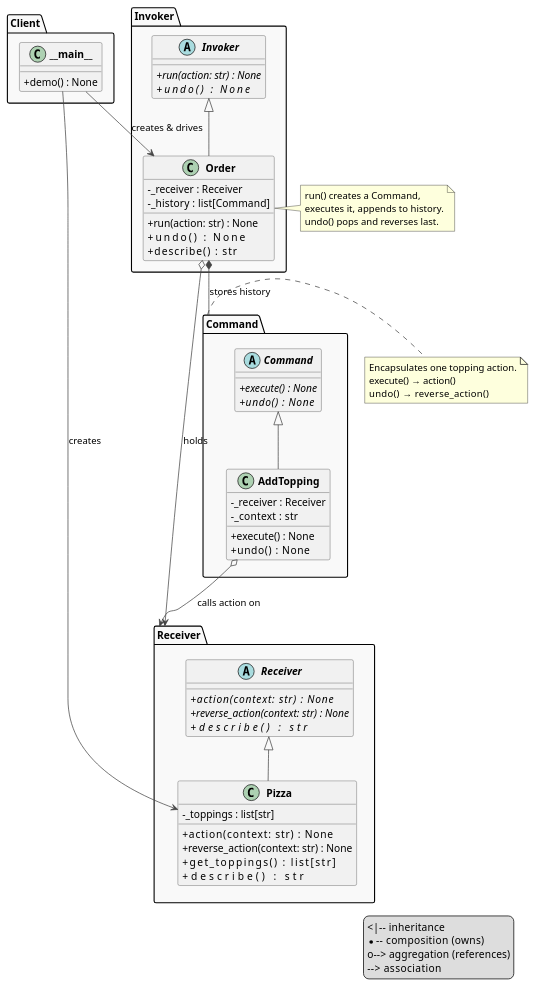
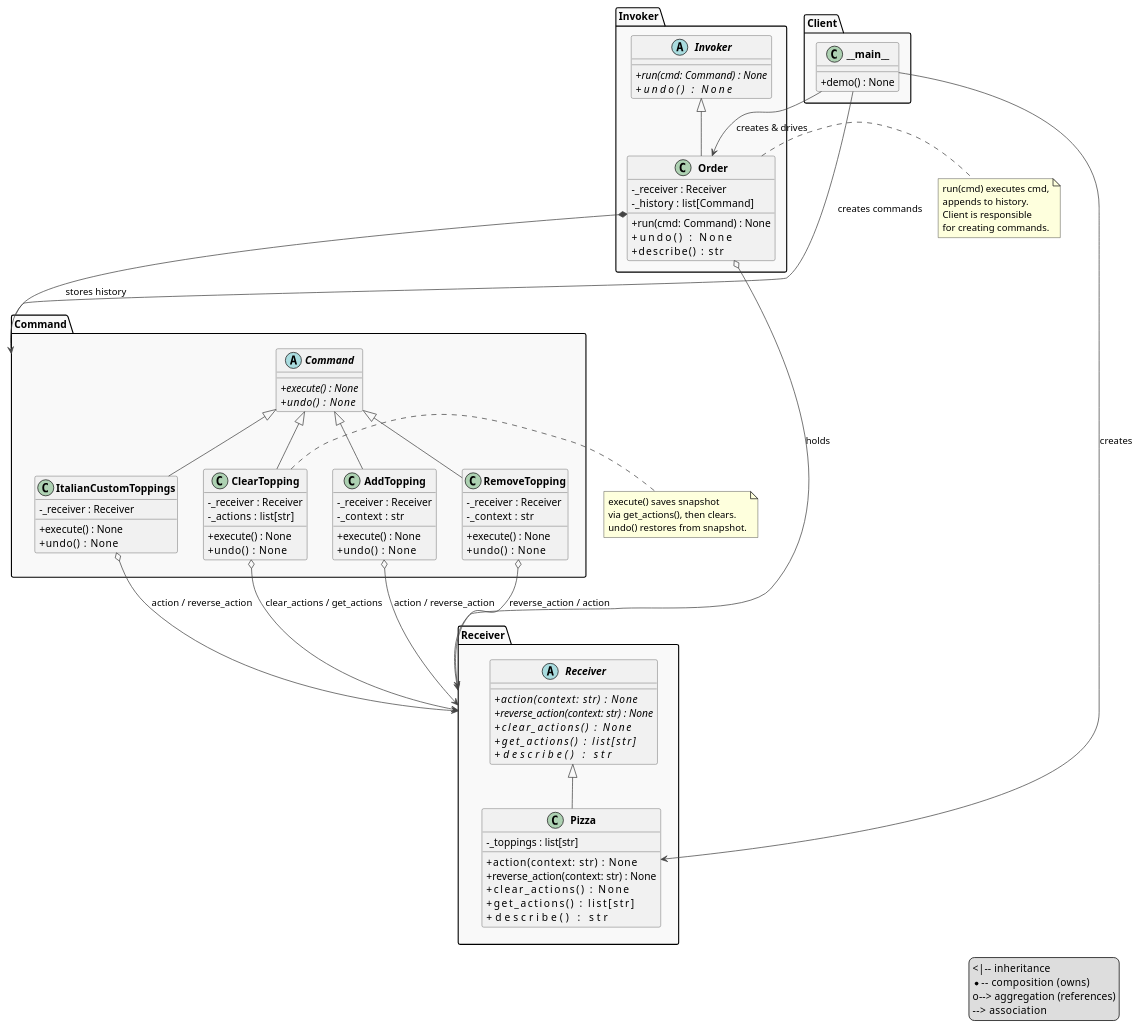
The diagram in behavioral/command/uml/command_schema.puml (olegf2a/gof), drawn with PlantUML before and after one commit. The commit also changed 14 other files, not shown here.

```diff
--- a/behavioral/command/uml/command_schema.puml
+++ b/behavioral/command/uml/command_schema.puml
@@ -1,91 +1,122 @@
 @startuml command_schema
 
 skinparam classAttributeIconSize 0
 skinparam classFontStyle bold
 skinparam ArrowColor #444444
 skinparam ClassBorderColor #444444
 skinparam PackageBackgroundColor #f9f9f9
 
 package "Client" {
   class "__main__" as Main {
     + demo() : None
   }
 }
 
 package "Invoker" {
   abstract class Invoker {
-    + run(action: str) : None  {abstract}
-    + undo()           : None  {abstract}
+    + run(cmd: Command) : None  {abstract}
+    + undo()            : None  {abstract}
   }
 
   class Order {
     - _receiver : Receiver
     - _history  : list[Command]
-    + run(action: str) : None
-    + undo()           : None
-    + describe()       : str
+    + run(cmd: Command) : None
+    + undo()            : None
+    + describe()        : str
   }
 
   Invoker <|-- Order
 }
 
 package "Command" {
   abstract class Command {
     + execute() : None  {abstract}
     + undo()    : None  {abstract}
   }
 
   class AddTopping {
     - _receiver : Receiver
     - _context  : str
     + execute() : None
     + undo()    : None
   }
 
+  class RemoveTopping {
+    - _receiver : Receiver
+    - _context  : str
+    + execute() : None
+    + undo()    : None
+  }
+
+  class ClearTopping {
+    - _receiver : Receiver
+    - _actions  : list[str]
+    + execute() : None
+    + undo()    : None
+  }
+
+  class ItalianCustomToppings {
+    - _receiver : Receiver
+    + execute() : None
+    + undo()    : None
+  }
+
   Command <|-- AddTopping
+  Command <|-- RemoveTopping
+  Command <|-- ClearTopping
+  Command <|-- ItalianCustomToppings
 }
 
 package "Receiver" {
   abstract class Receiver {
-    + action(context: str)         : None  {abstract}
-    + reverse_action(context: str) : None  {abstract}
-    + describe()                   : str   {abstract}
+    + action(context: str)         : None      {abstract}
+    + reverse_action(context: str) : None      {abstract}
+    + clear_actions()              : None      {abstract}
+    + get_actions()                : list[str] {abstract}
+    + describe()                   : str       {abstract}
   }
 
   class Pizza {
     - _toppings : list[str]
     + action(context: str)         : None
     + reverse_action(context: str) : None
-    + get_toppings()               : list[str]
+    + clear_actions()              : None
+    + get_actions()                : list[str]
     + describe()                   : str
   }
 
   Receiver <|-- Pizza
 }
 
-Main        -->  Order       : creates & drives
-Main        -->  Pizza       : creates
-Order       *--  Command     : stores history
-Order       o--> Receiver    : holds
-AddTopping  o--> Receiver    : calls action on
+Main              -->  Order       : creates & drives
+Main              -->  Pizza       : creates
+Main              -->  Command     : creates commands
+Order             *--  Command     : stores history
+Order             o--> Receiver    : holds
+AddTopping        o--> Receiver    : action / reverse_action
+RemoveTopping     o--> Receiver    : reverse_action / action
+ClearTopping      o--> Receiver    : clear_actions / get_actions
+ItalianCustomToppings o--> Receiver : action / reverse_action
 
 note right of Order
-  run() creates a Command,
-  executes it, appends to history.
-  undo() pops and reverses last.
+  run(cmd) executes cmd,
+  appends to history.
+  Client is responsible
+  for creating commands.
 end note
 
-note right of Command
-  Encapsulates one topping action.
-  execute() → action()
-  undo()    → reverse_action()
+note right of ClearTopping
+  execute() saves snapshot
+  via get_actions(), then clears.
+  undo() restores from snapshot.
 end note
 
 legend right
   <|--  inheritance
   *--   composition (owns)
   o-->  aggregation (references)
   -->   association
 end legend
 
 @enduml
```
